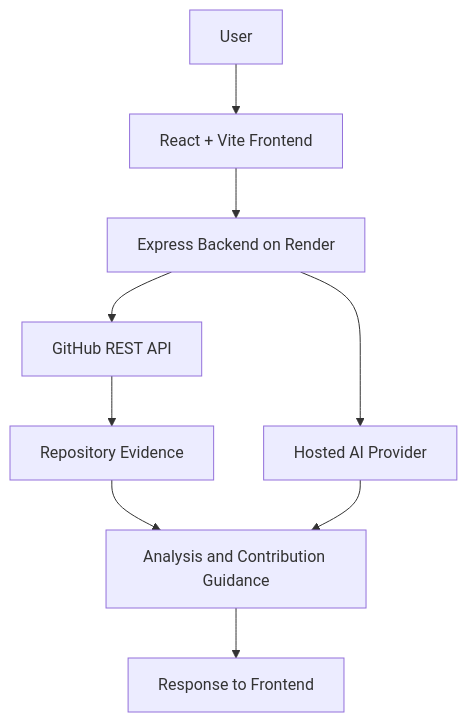
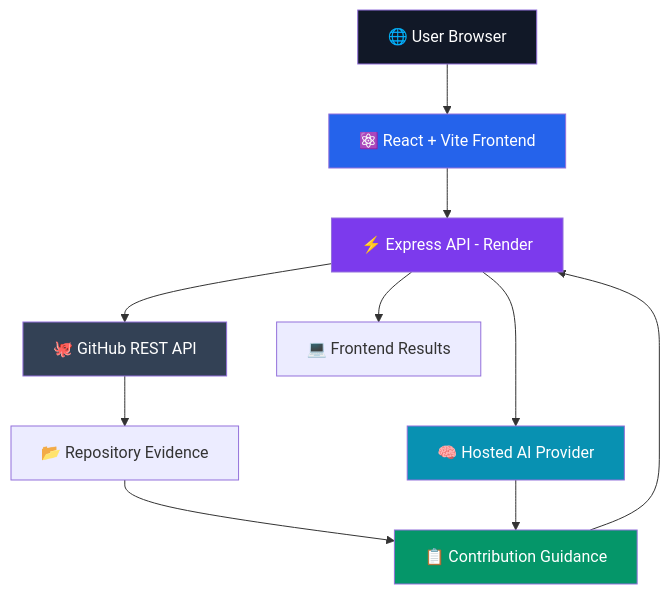
The second of 2 diagrams in README.md (Madhuri-Kumari2504/OpenSource-Mate-AI-Advanced), drawn with Mermaid before and after one commit. The commit also changed other lines of this file, not shown here.

````diff
--- a/README.md
+++ b/README.md
@@ -75,11 +123,28 @@
 ```mermaid
 flowchart TD
-    A[User] --> B[React + Vite Frontend]
-    B --> C[Express Backend on Render]
-    C --> D[GitHub REST API]
-    C --> E[Hosted AI Provider]
-    D --> F[Repository Evidence]
-    F --> G[Analysis and Contribution Guidance]
+    A["🌐 User Browser"]
+    B["⚛️ React + Vite Frontend"]
+    C["⚡ Express API - Render"]
+    D["🐙 GitHub REST API"]
+    E["🧠 Hosted AI Provider"]
+    F["📂 Repository Evidence"]
+    G["📋 Contribution Guidance"]
+    H["💻 Frontend Results"]
+
+    A --> B
+    B --> C
+    C --> D
+    C --> E
+    D --> F
+    F --> G
     E --> G
-    G --> H[Response to Frontend]
+    G --> C
+    C --> H
+
+    style A fill:#111827,color:#fff
+    style B fill:#2563EB,color:#fff
+    style C fill:#7C3AED,color:#fff
+    style D fill:#334155,color:#fff
+    style E fill:#0891B2,color:#fff
+    style G fill:#059669,color:#fff
 ```
````
